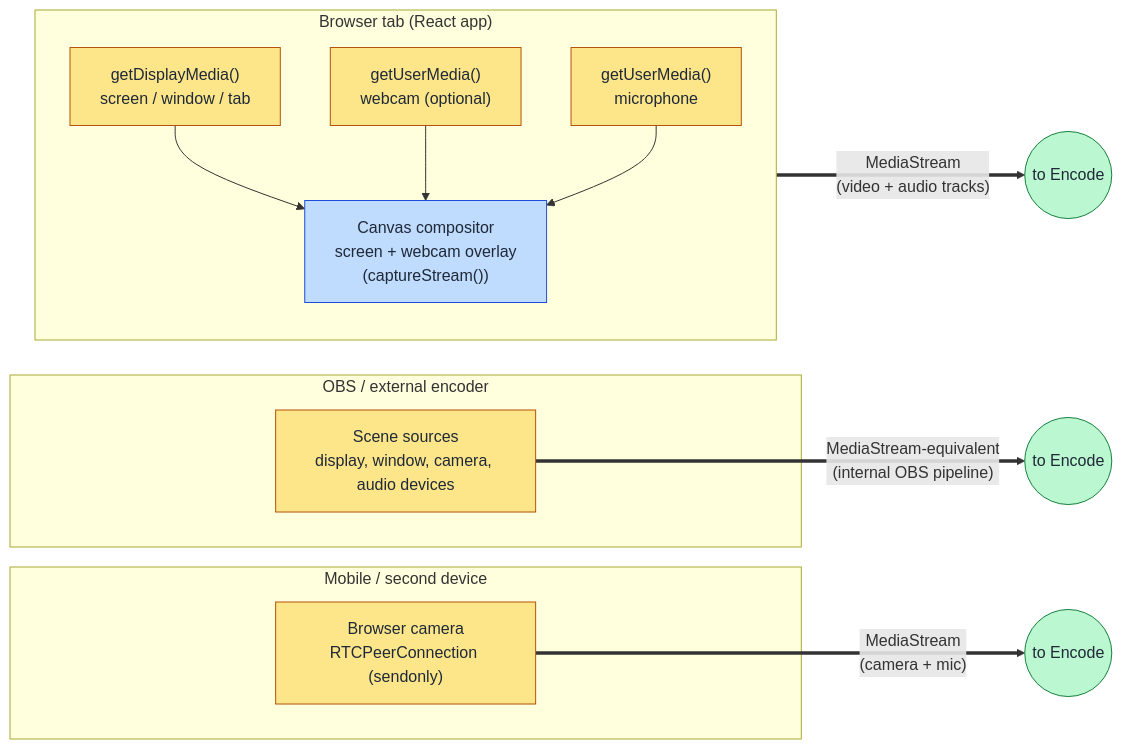
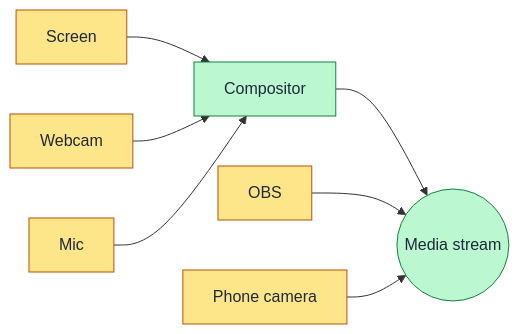
Before and after one commit to Dakotahernandez/fidget-livestreaming: the first of 4 diagrams in docs/slides_diagrams.md, drawn with Mermaid. The commit also changed other lines of this file, not shown here.

````diff
--- a/docs/slides_diagrams.md
+++ b/docs/slides_diagrams.md
@@ -18,34 +10,14 @@
 ```mermaid
 flowchart LR
-    subgraph BROWSER["Browser tab (React app)"]
-        direction TB
-        SCR["getDisplayMedia()<br/>screen / window / tab"]
-        CAM["getUserMedia()<br/>webcam (optional)"]
-        MIC["getUserMedia()<br/>microphone"]
-        CANVAS["Canvas compositor<br/>screen + webcam overlay<br/>(captureStream())"]
-    end
-
-    subgraph OBS_CAP["OBS / external encoder"]
-        OBSSRC["Scene sources<br/>display, window, camera, audio devices"]
-    end
-
-    subgraph PHONE["Mobile / second device"]
-        WHIPCAM["Browser camera<br/>RTCPeerConnection (sendonly)"]
-    end
-
-    SCR --> CANVAS
-    CAM --> CANVAS
-    MIC --> CANVAS
-
-    CANVAS == "MediaStream<br/>(video + audio tracks)" ==> OUT1((to Encode))
-    OBSSRC == "MediaStream-equivalent<br/>(internal OBS pipeline)" ==> OUT2((to Encode))
-    WHIPCAM == "MediaStream<br/>(camera + mic)" ==> OUT3((to Encode))
+    SCREEN["Screen"] --> COMP["Compositor"]
+    CAM["Webcam"] --> COMP
+    MIC["Mic"] --> COMP
+    COMP --> OUT(("Media stream"))
+    OBS["OBS"] --> OUT
+    PHONE["Phone camera"] --> OUT
 
     classDef src fill:#fde68a,stroke:#b45309,color:#1f2937;
-    classDef comp fill:#bfdbfe,stroke:#1d4ed8,color:#1f2937;
     classDef out fill:#bbf7d0,stroke:#15803d,color:#1f2937;
-
-    class SCR,CAM,MIC,OBSSRC,WHIPCAM src;
-    class CANVAS comp;
-    class OUT1,OUT2,OUT3 out;
+    class SCREEN,CAM,MIC,OBS,PHONE src;
+    class COMP,OUT out;
 ```
````
